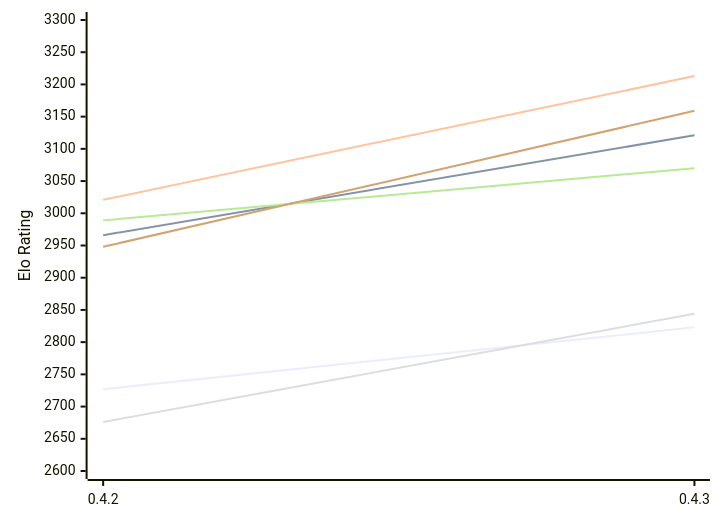
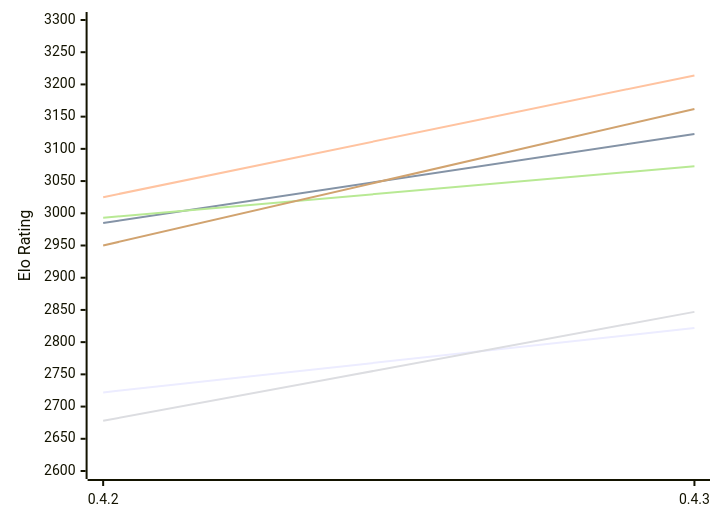
Before and after one commit to computer-chess-index/cci: the first of 2 diagrams in engines/Dual.md, drawn with Mermaid. The commit also changed other lines of this file, not shown here.

Commit message:
Update CCI Ratings (ELO VLTC) - 2026-11-24

````diff
--- a/engines/Dual.md
+++ b/engines/Dual.md
@@ -56,12 +56,12 @@
 ```mermaid
 %%{init: {"theme":"base","themeVariables":{"seriesColors:['#a3a3a3','#222221','#faa371']}}}%%
 xychart-beta
   x-axis ["0.4.2", "0.4.3"]
   y-axis "Elo Rating" 2600 --> 3300
-  line "E1: STC (8.0+0.08s)" [2727, 2823]
-  line "E1: LTC (60.0+0.60s)" [2966, 3121]
-  line "E1: VLTC (2m24s+1.12s)" [3021, 3213]
-  line "P1: STC (8.0+0.08s)" [2676, 2844]
-  line "P1: LTC (60.0+0.60s)" [2989, 3070]
-  line "P1: VLTC (2m24s+1.12s)" [2948, 3159]
+  line "E1: STC (8.0+0.08s)" [2722, 2822]
+  line "E1: LTC (60.0+0.60s)" [2985, 3123]
+  line "E1: VLTC (2m24s+1.12s)" [3025, 3214]
+  line "P1: STC (8.0+0.08s)" [2678, 2847]
+  line "P1: LTC (60.0+0.60s)" [2993, 3073]
+  line "P1: VLTC (2m24s+1.12s)" [2950, 3162]
 ```
````
